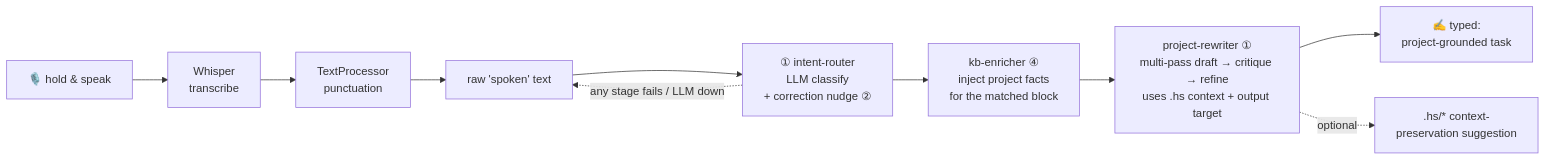
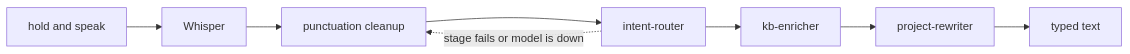
One commit to karolswdev/HoldSpeak changed the first of 2 diagrams in docs/DICTATION_COPILOT.md. Above: the diagram before and after it, drawn with Mermaid. The commit also changed other lines of this file and 66 other files, not shown here.

````diff
--- a/docs/DICTATION_COPILOT.md
+++ b/docs/DICTATION_COPILOT.md
@@ -91,14 +62,10 @@
 ```mermaid
 flowchart LR
-    A["🎙️ hold &amp; speak"] --> B["Whisper<br/>transcribe"]
-    B --> C["TextProcessor<br/>punctuation"]
-    C --> D["raw 'spoken' text"]
-
-    D --> E["① intent-router<br/>LLM classify<br/>+ correction nudge ②"]
-    E --> F["kb-enricher ④<br/>inject project facts<br/>for the matched block"]
-    F --> G["project-rewriter ①<br/>multi-pass draft → critique → refine<br/>uses .hs context + output target"]
-    G --> H["✍️ typed:<br/>project-grounded task"]
-    G -.->|optional| I[".hs/* context-<br/>preservation suggestion"]
-
-    E -.->|"any stage fails / LLM down"| D
+    A[hold and speak] --> B[Whisper]
+    B --> C[punctuation cleanup]
+    C --> E[intent-router]
+    E --> F[kb-enricher]
+    F --> G[project-rewriter]
+    G --> H[typed text]
+    E -.->|stage fails or model is down| C
 ```
````
